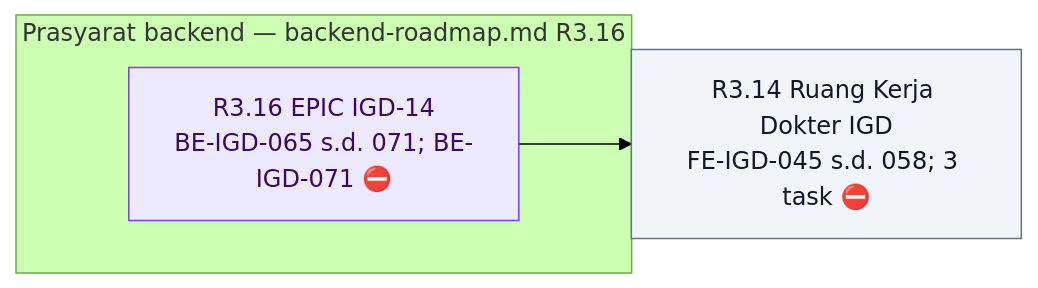
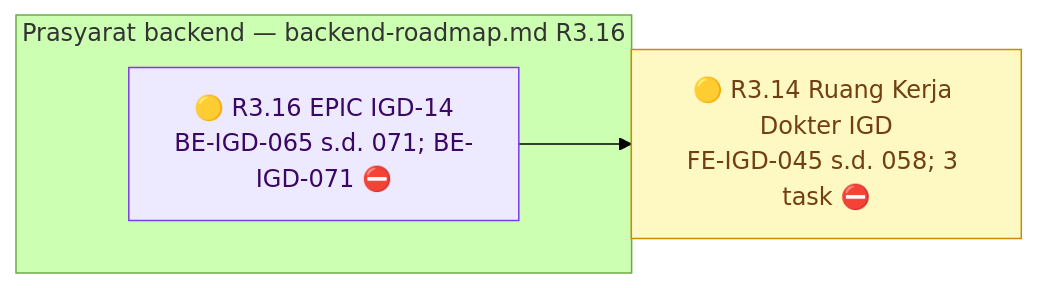
The second of 18 diagrams in docs/module-blueprints/igd/roadmap/frontend-roadmap.md (DevBenari/NewQuilvianSystemBackend), drawn with Mermaid (forest theme) before and after one commit. The commit also changed other lines of this file and 11 other files, not shown here.

Commit message:
membuat proses pemeriksaan dokter igd

````diff
--- a/docs/module-blueprints/igd/roadmap/frontend-roadmap.md
+++ b/docs/module-blueprints/igd/roadmap/frontend-roadmap.md
@@ -149,16 +149,16 @@
 ```mermaid
 flowchart LR
     classDef selesai fill:#DCFCE7,stroke:#16A34A,color:#14532D
     classDef sebagian fill:#FEF9C3,stroke:#CA8A04,color:#713F12
     classDef terblokir fill:#FEE2E2,stroke:#DC2626,color:#7F1D1D
     classDef belum fill:#F1F5F9,stroke:#64748B,color:#0F172A
     classDef luar fill:#EDE9FE,stroke:#7C3AED,color:#3B0764
 
     subgraph backendB["Prasyarat backend — backend-roadmap.md R3.16"]
-        BR316["R3.16 EPIC IGD-14<br/>BE-IGD-065 s.d. 071; BE-IGD-071 ⛔"]:::luar
+        BR316["🟡 R3.16 EPIC IGD-14<br/>BE-IGD-065 s.d. 071; BE-IGD-071 ⛔"]:::luar
     end
 
-    FDOKTER["R3.14 Ruang Kerja Dokter IGD<br/>FE-IGD-045 s.d. 058; 3 task ⛔"]:::belum
+    FDOKTER["🟡 R3.14 Ruang Kerja Dokter IGD<br/>FE-IGD-045 s.d. 058; 3 task ⛔"]:::sebagian
 
     BR316 --> FDOKTER
 ```
````
